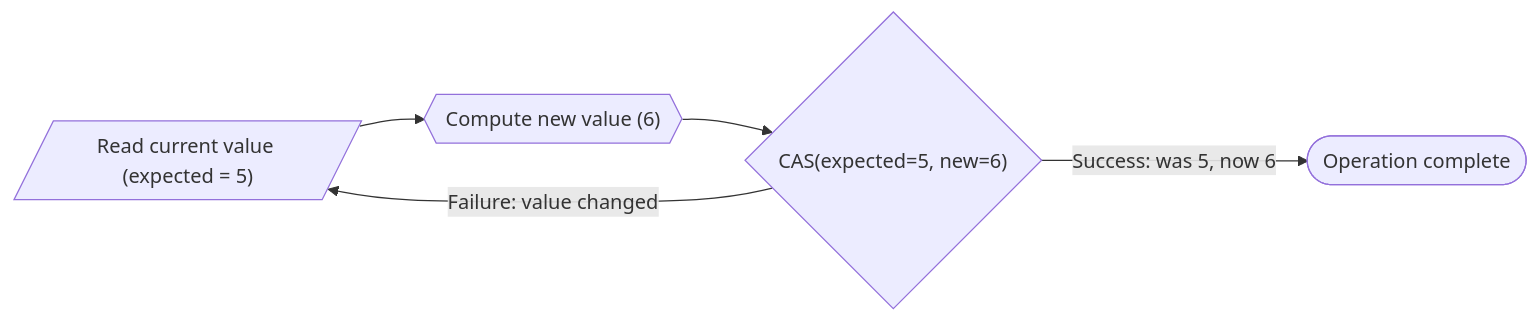
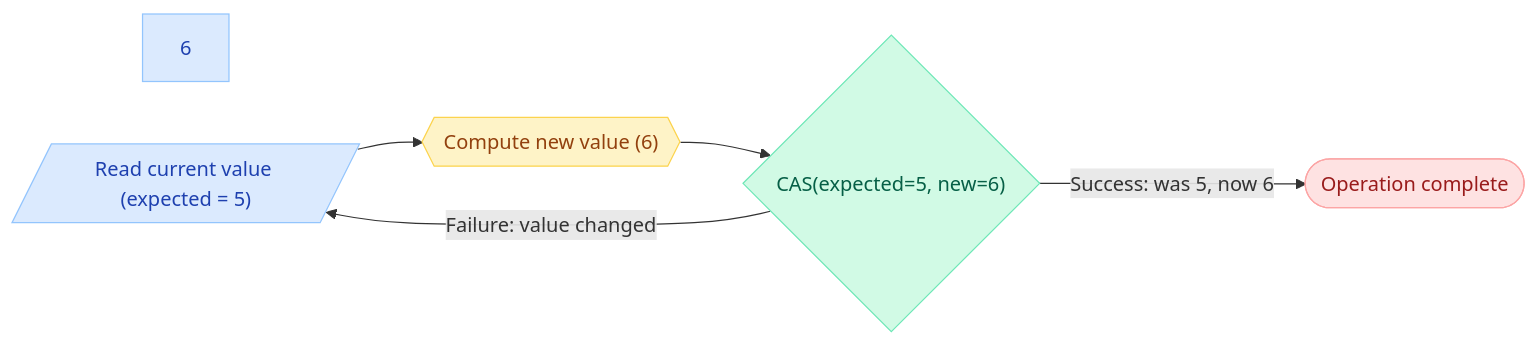
Before and after one commit to saivamsikaruturi/vamsilabs-dev-notes-main: the sixth of 9 diagrams in docs/java/MultiThreading.md, drawn with Mermaid. The commit also changed other lines of this file and 220 other files, not shown here.

First line of the commit message:
Add 50+ new Java/Spring Boot pages, rewrite CSS code blocks to Oracle style, fix all diagram colors

````diff
--- a/docs/java/MultiThreading.md
+++ b/docs/java/MultiThreading.md
@@ -621,7 +642,13 @@
 ```mermaid
 flowchart LR
     READ[/"Read current value (expected = 5)"/] --> COMPUTE{{"Compute new value (6)"}}
     COMPUTE --> CAS{"CAS(expected=5, new=6)"}
     CAS -->|Success: was 5, now 6| DONE(["Operation complete"])
     CAS -->|Failure: value changed| READ
+
+    style 6 fill:#DBEAFE,stroke:#93C5FD,color:#1E40AF
+    style CAS fill:#D1FAE5,stroke:#6EE7B7,color:#065F46
+    style COMPUTE fill:#FEF3C7,stroke:#FCD34D,color:#92400E
+    style DONE fill:#FEE2E2,stroke:#FCA5A5,color:#991B1B
+    style READ fill:#DBEAFE,stroke:#93C5FD,color:#1E40AF
 ```
````
